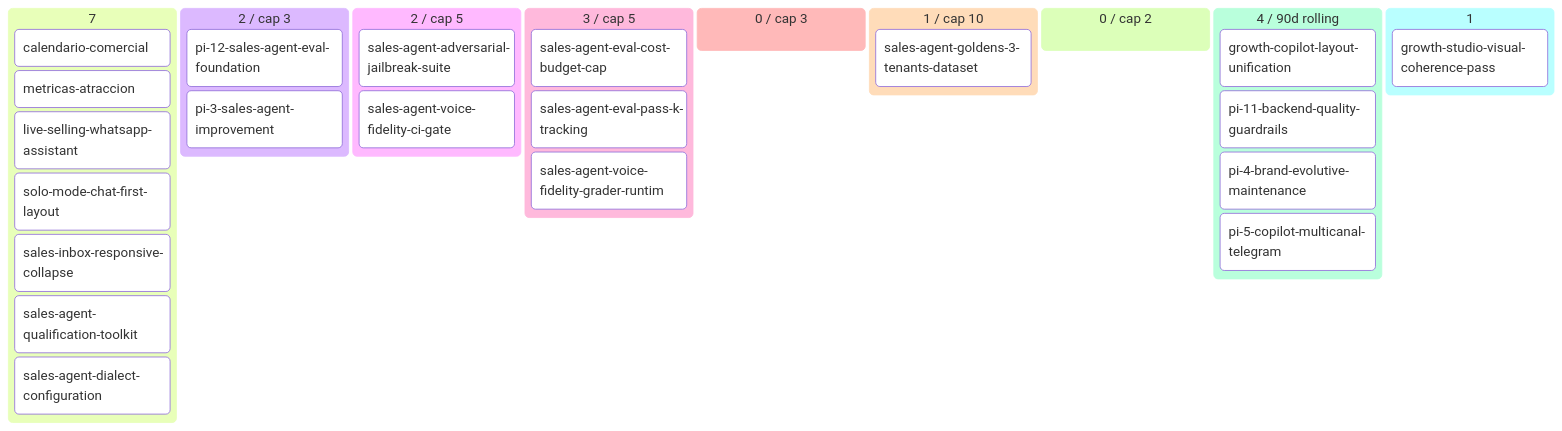
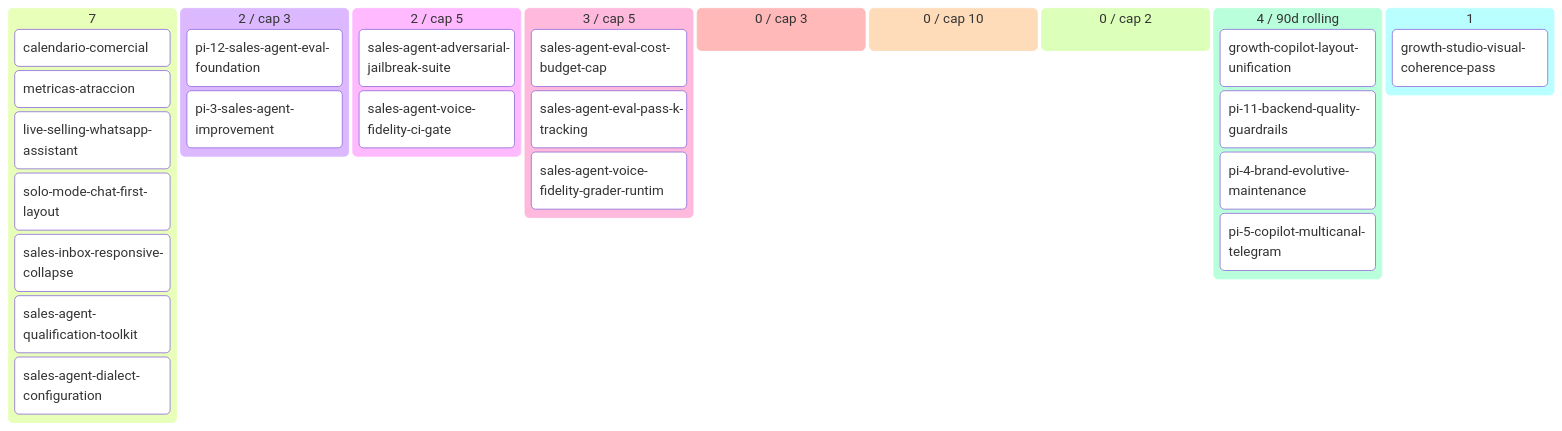
The diagram in docs/product/BACKLOG.md (alpacapurpura/ap_sales_agent), drawn with Mermaid before and after one commit. The commit also changed other lines of this file and 3 other files, not shown here.

````diff
--- a/docs/product/BACKLOG.md
+++ b/docs/product/BACKLOG.md
@@ -55,32 +55,31 @@
 ```mermaid
 kanban
   💡 Ideas (7)
     calendario-comercial[calendario-comercial]
     metricas-atraccion[metricas-atraccion]
     live-selling-whatsapp-assistan[live-selling-whatsapp-assistant]
     solo-mode-chat-first-layout[solo-mode-chat-first-layout]
     sales-inbox-responsive-collaps[sales-inbox-responsive-collapse]
     sales-agent-qualification-tool[sales-agent-qualification-toolkit]
     sales-agent-dialect-configurat[sales-agent-dialect-configuration]
   🔬 Refining (2 / cap 3)
     pi-12-sales-agent-eval-foundat[pi-12-sales-agent-eval-foundation]
     pi-3-sales-agent-improvement[pi-3-sales-agent-improvement]
   ✅ Refined (2 / cap 5)
     sales-agent-adversarial-jailbr[sales-agent-adversarial-jailbreak-suite]
     sales-agent-voice-fidelity-ci-[sales-agent-voice-fidelity-ci-gate]
   📦 Ready (3 / cap 5)
     sales-agent-eval-cost-budget-c[sales-agent-eval-cost-budget-cap]
     sales-agent-eval-pass-k-tracki[sales-agent-eval-pass-k-tracking]
     sales-agent-voice-fidelity-gra[sales-agent-voice-fidelity-grader-runtim]
   🔨 Developing (0 / cap 3)
-  🧪 Developed (1 / cap 10)
-    sales-agent-goldens-3-tenants-[sales-agent-goldens-3-tenants-dataset]
+  🧪 Developed (0 / cap 10)
   🔍 Reviewing (0 / cap 2)
   ✅ Done (4 / 90d rolling)
     growth-copilot-layout-unificat[growth-copilot-layout-unification]
     pi-11-backend-quality-guardrai[pi-11-backend-quality-guardrails]
     pi-4-brand-evolutive-maintenan[pi-4-brand-evolutive-maintenance]
     pi-5-copilot-multicanal-telegr[pi-5-copilot-multicanal-telegram]
   🅿 Parked (1)
     growth-studio-visual-coherence[growth-studio-visual-coherence-pass]
 ```
````
